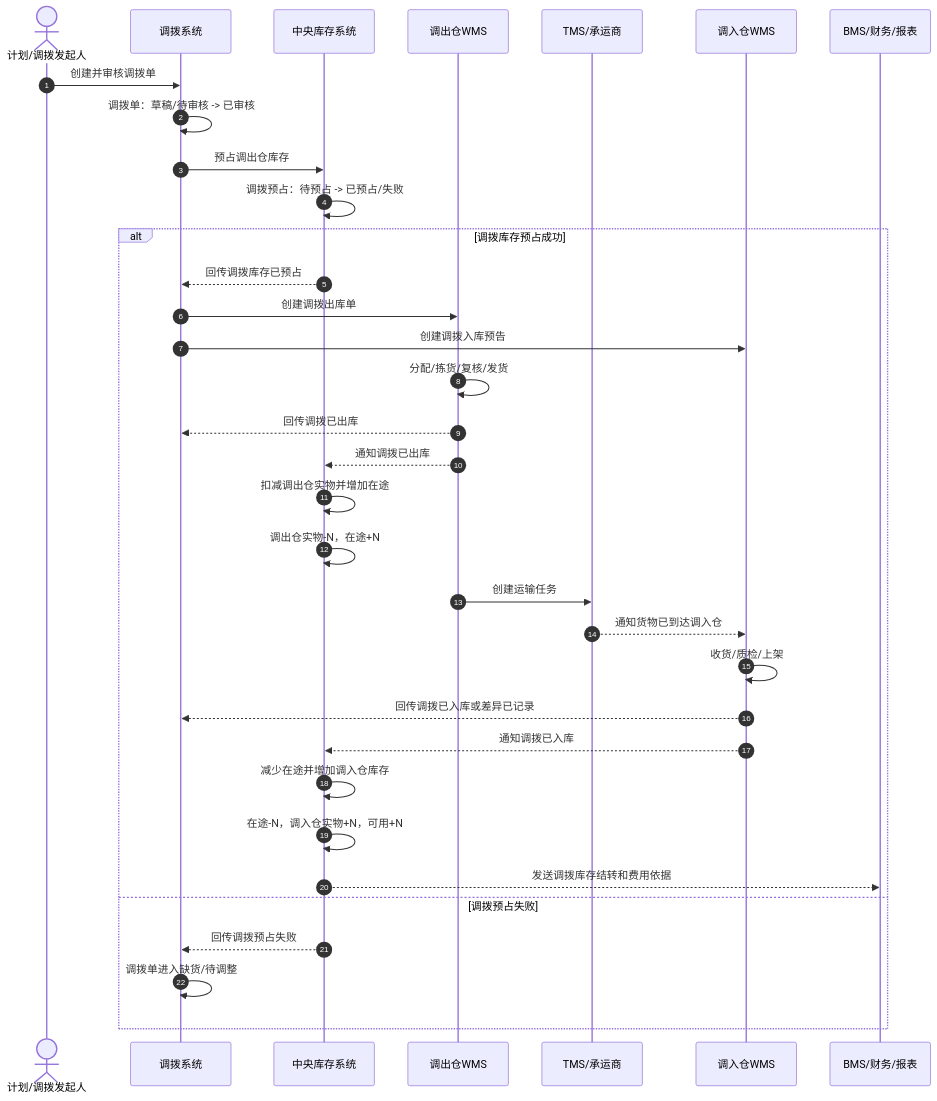
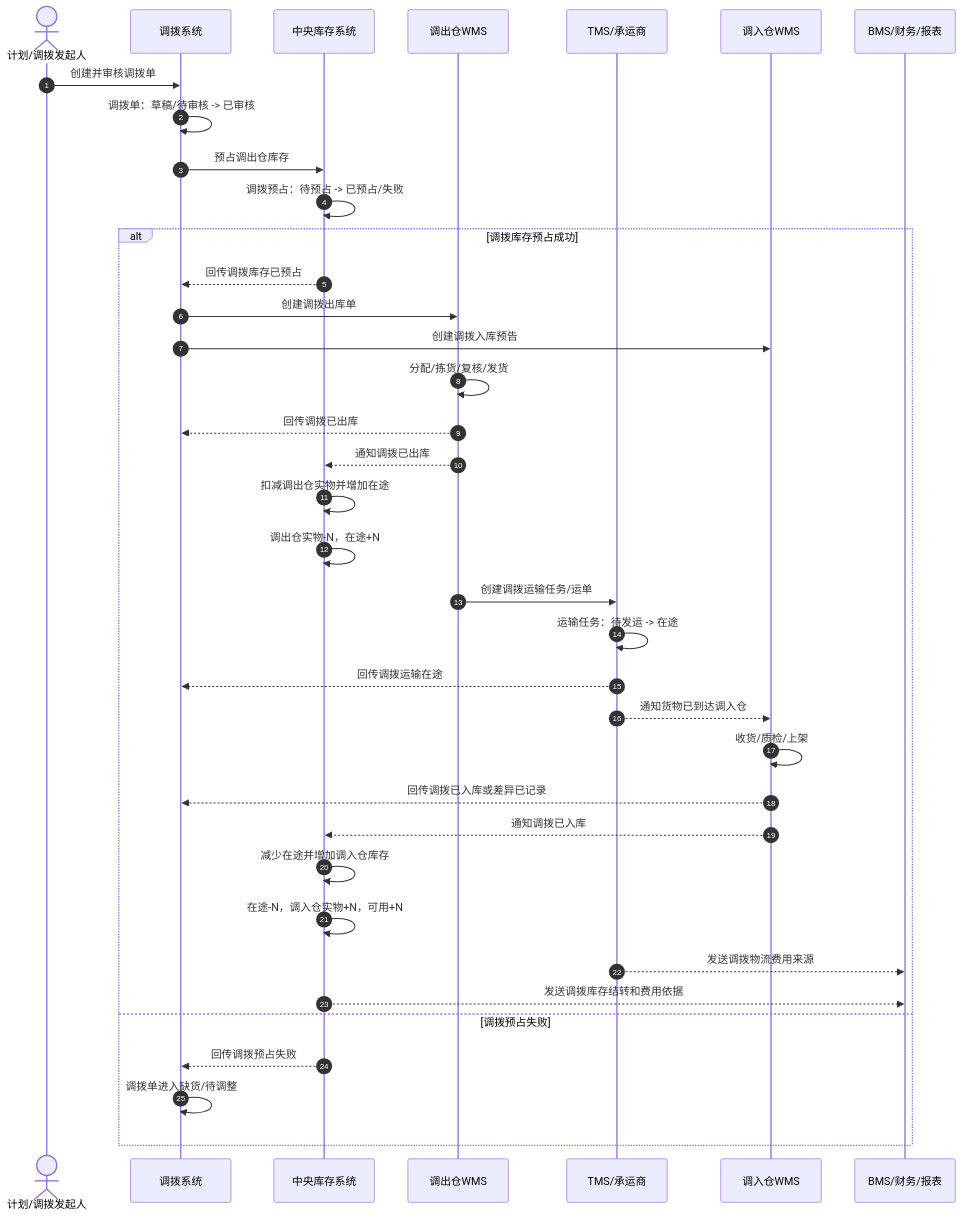
Before and after one commit to chao1927/scm: the second of 2 diagrams in docs/02-业务流程/06-调拨业务流程.md, drawn with Mermaid. The commit also changed other lines of this file and 118 other files, not shown here.

````diff
--- a/docs/02-业务流程/06-调拨业务流程.md
+++ b/docs/02-业务流程/06-调拨业务流程.md
@@ -210,38 +216,41 @@
 ```mermaid
 sequenceDiagram
   autonumber
   actor Planner as 计划/调拨发起人
   participant TR as 调拨系统
   participant INV as 中央库存系统
   participant WMSO as 调出仓WMS
   participant TMS as TMS/承运商
   participant WMSI as 调入仓WMS
   participant BMS as BMS/财务/报表
 
   Planner->>TR: 创建并审核调拨单
   TR->>TR: 调拨单：草稿/待审核 -> 已审核
   TR->>INV: 预占调出仓库存
   INV->>INV: 调拨预占：待预占 -> 已预占/失败
 
   alt 调拨库存预占成功
     INV-->>TR: 回传调拨库存已预占
     TR->>WMSO: 创建调拨出库单
     TR->>WMSI: 创建调拨入库预告
     WMSO->>WMSO: 分配/拣货/复核/发货
     WMSO-->>TR: 回传调拨已出库
     WMSO-->>INV: 通知调拨已出库
     INV->>INV: 扣减调出仓实物并增加在途
     INV->>INV: 调出仓实物-N，在途+N
-    WMSO->>TMS: 创建运输任务
+    WMSO->>TMS: 创建调拨运输任务/运单
+    TMS->>TMS: 运输任务：待发运 -> 在途
+    TMS-->>TR: 回传调拨运输在途
     TMS-->>WMSI: 通知货物已到达调入仓
     WMSI->>WMSI: 收货/质检/上架
     WMSI-->>TR: 回传调拨已入库或差异已记录
     WMSI-->>INV: 通知调拨已入库
     INV->>INV: 减少在途并增加调入仓库存
     INV->>INV: 在途-N，调入仓实物+N，可用+N
+    TMS-->>BMS: 发送调拨物流费用来源
     INV-->>BMS: 发送调拨库存结转和费用依据
   else 调拨预占失败
     INV-->>TR: 回传调拨预占失败
     TR->>TR: 调拨单进入缺货/待调整
   end
 ```
````
